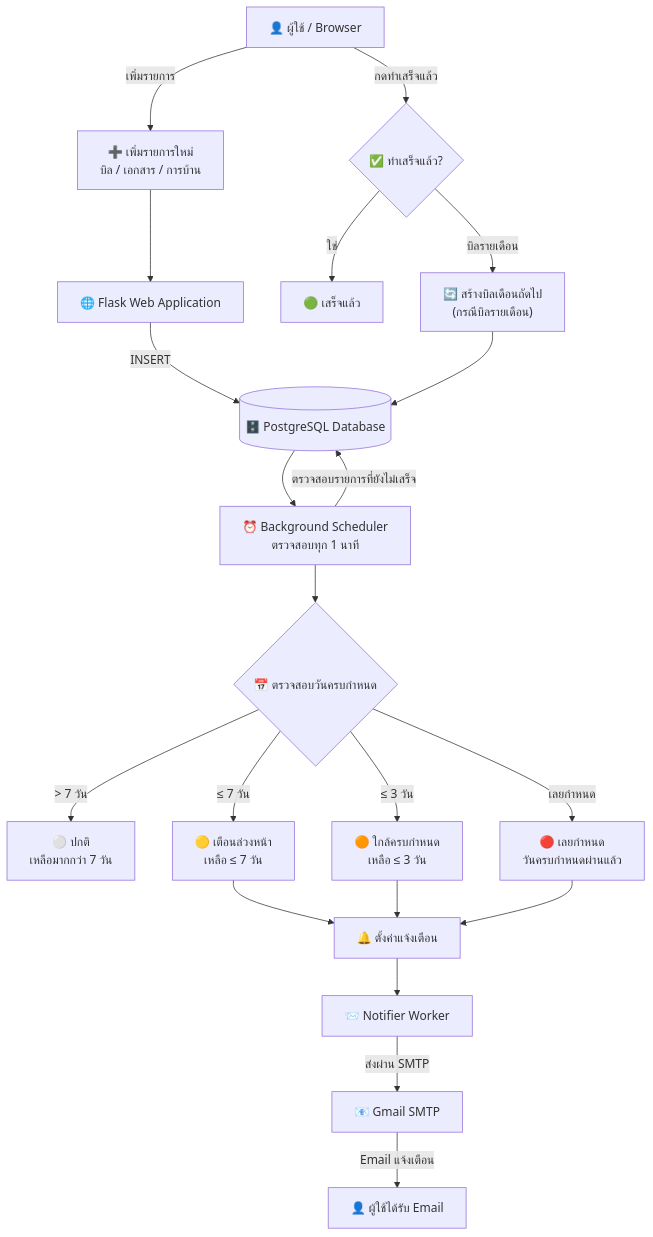
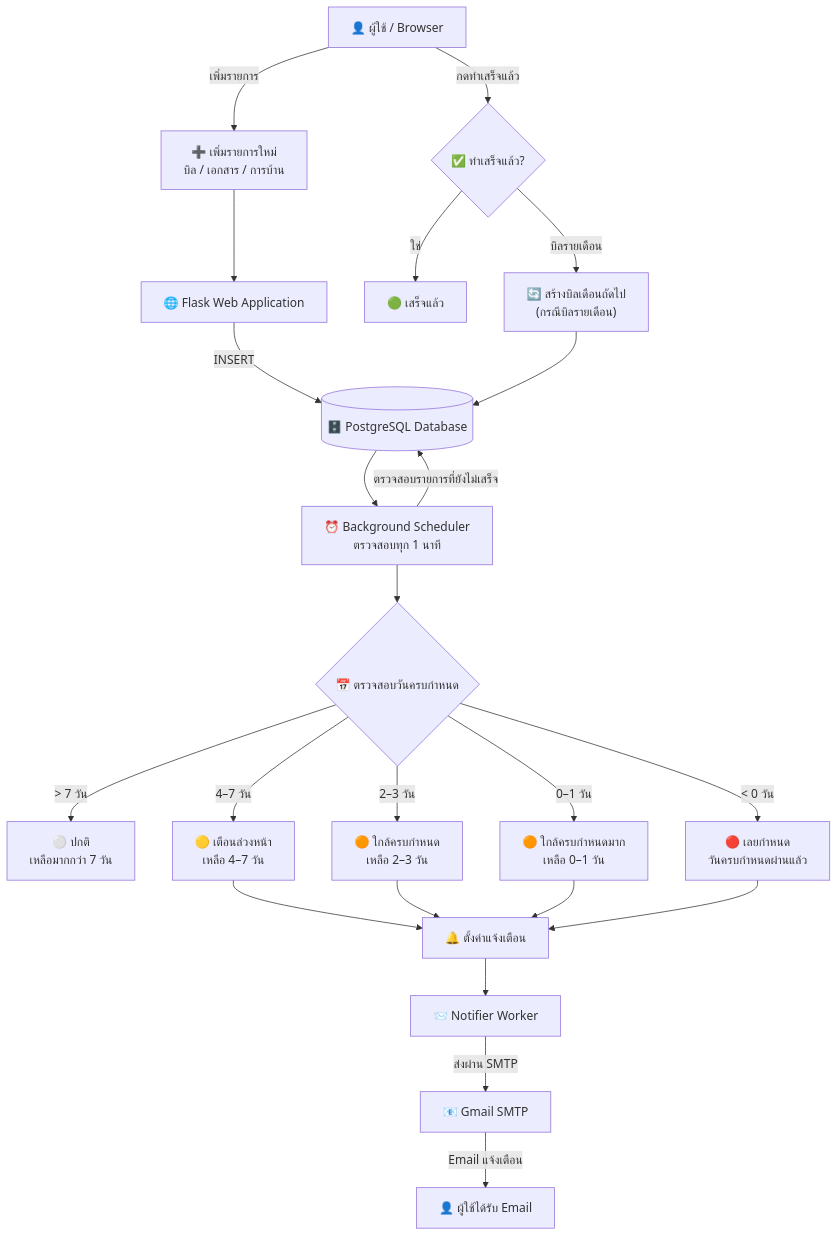
The diagram in README.md (natsaree07/bill-reminder), drawn with Mermaid before and after one commit. The commit also changed other lines of this file, not shown here.

````diff
--- a/README.md
+++ b/README.md
@@ -11,65 +11,70 @@
 ```mermaid
 flowchart TD
 
     A["👤 ผู้ใช้ / Browser"]
 
     B["➕ เพิ่มรายการใหม่<br/>บิล / เอกสาร / การบ้าน"]
 
     C["🌐 Flask Web Application"]
 
     D[("🗄️ PostgreSQL Database")]
 
     E["⏰ Background Scheduler<br/>ตรวจสอบทุก 1 นาที"]
 
     F{"📅 ตรวจสอบวันครบกำหนด"}
 
     G["⚪ ปกติ<br/>เหลือมากกว่า 7 วัน"]
 
-    H["🟡 เตือนล่วงหน้า<br/>เหลือ ≤ 7 วัน"]
+    H["🟡 เตือนล่วงหน้า<br/>เหลือ 4–7 วัน"]
 
-    I["🟠 ใกล้ครบกำหนด<br/>เหลือ ≤ 3 วัน"]
+    I["🟠 ใกล้ครบกำหนด<br/>เหลือ 2–3 วัน"]
 
-    J["🔴 เลยกำหนด<br/>วันครบกำหนดผ่านแล้ว"]
+    J["🟠 ใกล้ครบกำหนดมาก<br/>เหลือ 0–1 วัน"]
 
-    K["🔔 ตั้งค่าแจ้งเตือน"]
+    K["🔴 เลยกำหนด<br/>วันครบกำหนดผ่านแล้ว"]
+
+    R["🔔 ตั้งค่าแจ้งเตือน"]
 
     L["📨 Notifier Worker"]
 
     M["📧 Gmail SMTP"]
 
     N["👤 ผู้ใช้ได้รับ Email"]
 
     O{"✅ ทำเสร็จแล้ว?"}
 
     P["🟢 เสร็จแล้ว"]
 
     Q["🔄 สร้างบิลเดือนถัดไป<br/>(กรณีบิลรายเดือน)"]
 
+
     A -->|"เพิ่มรายการ"| B
     B --> C
     C -->|"INSERT"| D
 
     E -->|"ตรวจสอบรายการที่ยังไม่เสร็จ"| D
     D --> E
 
     E --> F
 
     F -->|"> 7 วัน"| G
-    F -->|"≤ 7 วัน"| H
-    F -->|"≤ 3 วัน"| I
-    F -->|"เลยกำหนด"| J
+    F -->|"4–7 วัน"| H
+    F -->|"2–3 วัน"| I
+    F -->|"0–1 วัน"| J
+    F -->|"< 0 วัน"| K
 
-    H --> K
-    I --> K
-    J --> K
+    H --> R
+    I --> R
+    J --> R
+    K --> R
 
-    K --> L
+    R --> L
     L -->|"ส่งผ่าน SMTP"| M
     M -->|"Email แจ้งเตือน"| N
 
     A -->|"กดทำเสร็จแล้ว"| O
 
     O -->|"ใช่"| P
     O -->|"บิลรายเดือน"| Q
     Q --> D
 ```
````
